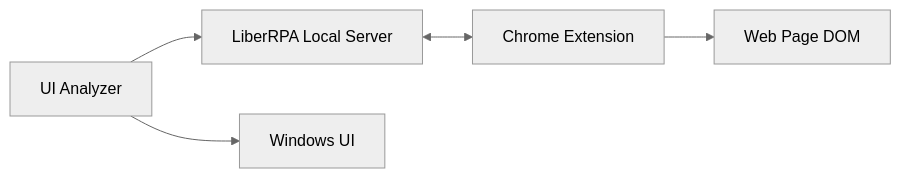
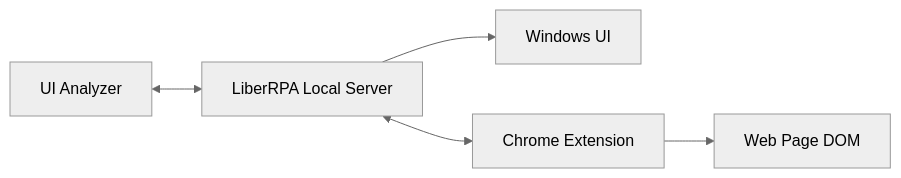
Before and after one commit to HUHARED/LiberRPA: the third of 4 diagrams in docs/Architecture.md, drawn with Mermaid (neutral theme). The commit also changed other lines of this file and 14 other files, not shown here.

````diff
--- a/docs/Architecture.md
+++ b/docs/Architecture.md
@@ -464,13 +462,13 @@
 ```mermaid
 flowchart LR
     A["UI Analyzer"]
     B["LiberRPA Local Server"]
     C["Windows UI"]
     D["Chrome Extension"]
     E["Web Page DOM"]
 
-    A --> B
-    A --> C
+    A <--> B
+    B --> C
     B <--> D
     D --> E
 ```
````
